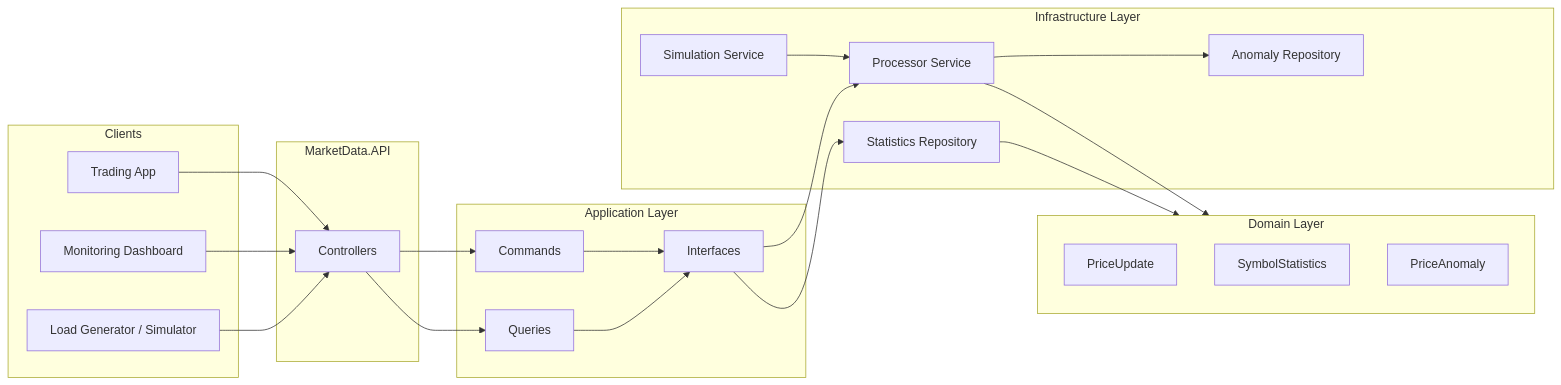
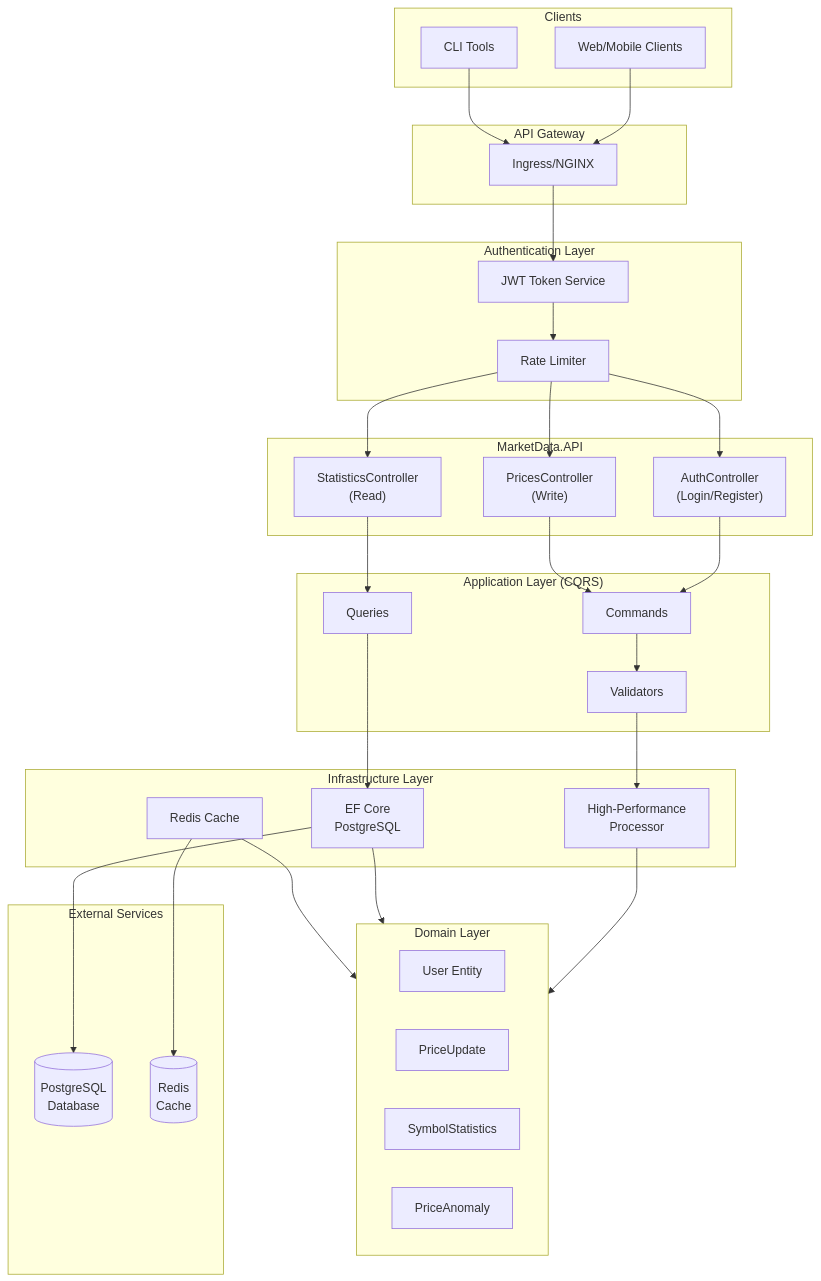
Before and after one commit to yasserebrahimi/MarketDataSystem: the diagram in docs/README_DOCS.md, drawn with Mermaid. The commit also changed other lines of this file and 75 other files, not shown here.

````diff
--- a/docs/README_DOCS.md
+++ b/docs/README_DOCS.md
@@ -31,46 +116,69 @@
 ```mermaid
-flowchart LR
+flowchart TB
     subgraph Clients
-        C1["Trading App"]
-        C2["Monitoring Dashboard"]
-        C3["Load Generator / Simulator"]
+        Web["Web/Mobile Clients"]
+        CLI["CLI Tools"]
+    end
+
+    subgraph API_Gateway["API Gateway"]
+        NGINX["Ingress/NGINX"]
+    end
+
+    subgraph Auth["Authentication Layer"]
+        JWT["JWT Token Service"]
+        RateLimit["Rate Limiter"]
     end
 
     subgraph API["MarketData.API"]
-        CTRL["Controllers"]
+        AuthCtrl["AuthController<br/>(Login/Register)"]
+        PriceCtrl["PricesController<br/>(Write)"]
+        StatCtrl["StatisticsController<br/>(Read)"]
     end
 
-    subgraph APP["Application Layer"]
+    subgraph Application["Application Layer (CQRS)"]
         CMD["Commands"]
         QRY["Queries"]
-        INTF["Interfaces"]
+        VAL["Validators"]
     end
 
-    subgraph INF["Infrastructure Layer"]
-        PROC["Processor Service"]
-        REPO["Statistics Repository"]
-        ANO["Anomaly Repository"]
-        SIM["Simulation Service"]
+    subgraph Infrastructure["Infrastructure Layer"]
+        PROC["High-Performance<br/>Processor"]
+        DB["EF Core<br/>PostgreSQL"]
+        CACHE["Redis Cache"]
     end
 
-    subgraph DOM["Domain Layer"]
-        PU["PriceUpdate"]
-        SS["SymbolStatistics"]
-        PA["PriceAnomaly"]
+    subgraph Domain["Domain Layer"]
+        USER["User Entity"]
+        PRICE["PriceUpdate"]
+        STATS["SymbolStatistics"]
+        ANOM["PriceAnomaly"]
     end
 
-    C1 --> CTRL
-    C2 --> CTRL
-    C3 --> CTRL
+    subgraph External["External Services"]
+        POSTGRES[("PostgreSQL<br/>Database")]
+        REDIS[("Redis<br/>Cache")]
+    end
 
-    CTRL --> CMD
-    CTRL --> QRY
+    Web --> NGINX
+    CLI --> NGINX
+    NGINX --> JWT
+    JWT --> RateLimit
+    RateLimit --> AuthCtrl
+    RateLimit --> PriceCtrl
+    RateLimit --> StatCtrl
 
-    CMD --> INTF --> PROC
-    QRY --> INTF --> REPO
+    AuthCtrl --> CMD
+    PriceCtrl --> CMD
+    StatCtrl --> QRY
 
-    PROC --> DOM
-    REPO --> DOM
-    PROC --> ANO
-    SIM --> PROC
+    CMD --> VAL
+    VAL --> PROC
+    QRY --> DB
+
+    PROC --> Domain
+    DB --> Domain
+    CACHE --> Domain
+
+    DB --> POSTGRES
+    CACHE --> REDIS
 ```
````
